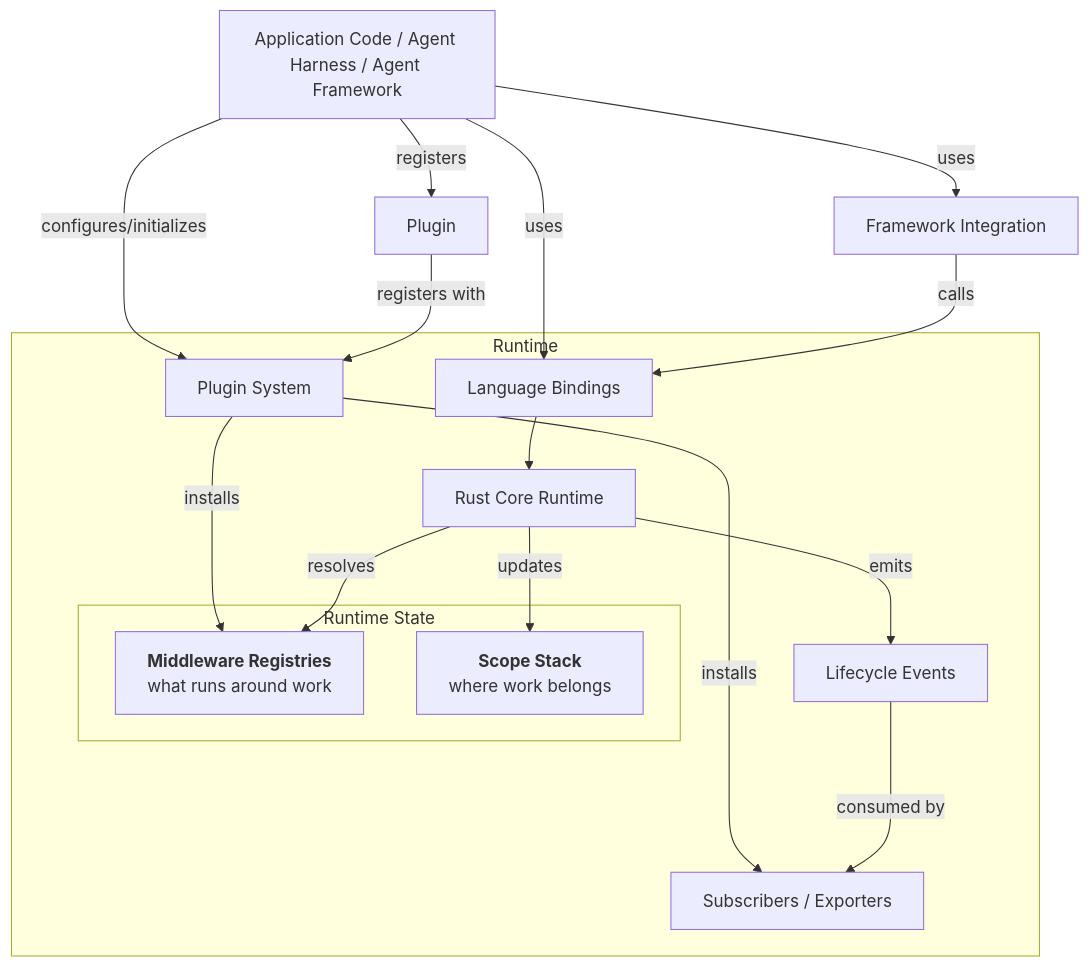
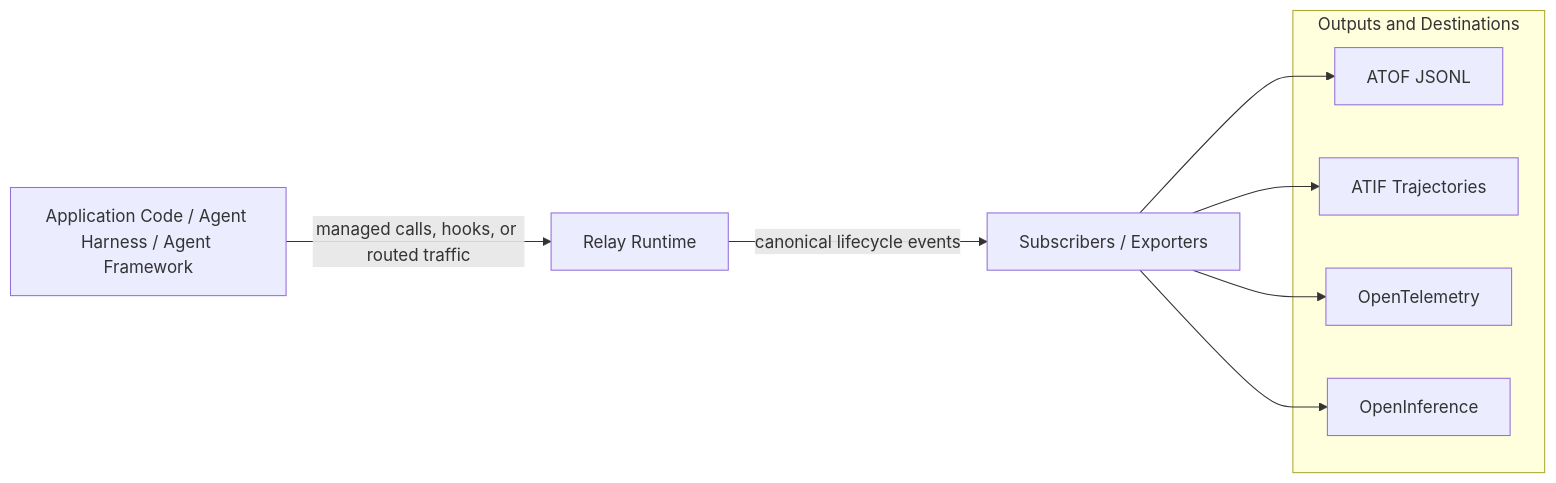
One commit to NVIDIA/NeMo-Relay changed the diagram in docs/about-nemo-relay/overview.mdx. Above: the diagram before and after it, drawn with Mermaid. The commit also changed other lines of this file, not shown here.

````diff
--- a/docs/about-nemo-relay/overview.mdx
+++ b/docs/about-nemo-relay/overview.mdx
@@ -140,47 +136,26 @@
 ```mermaid
-flowchart TB
-    Plugin[Plugin]
-    App[Application Code / Agent Harness / Agent Framework]
-    Framework[Framework Integration]
+flowchart LR
+    Sources[Application Code / Agent Harness / Agent Framework]
+    Runtime[Relay Runtime]
+    Consumers[Subscribers / Exporters]
 
-    subgraph Runtime[Runtime]
-        PluginSystem[Plugin System]
-        Bindings[Language Bindings]
-        Core[Rust Core Runtime]
-        Events[Lifecycle Events]
-
-        subgraph RuntimeState[Runtime State]
-            Registry[<strong>Middleware Registries</strong><br/>what runs around work]
-            Scope[<strong>Scope Stack</strong><br/>where work belongs]
-        end
-
-        Subs[Subscribers / Exporters]
-
-        PluginSystem --->|installs| Registry
-        PluginSystem ----->|installs| Subs
-        Bindings --> Core
-        Core -->|emits| Events -->|consumed by| Subs
-        Core -->|updates| Scope
-        Core -->|resolves| Registry
+    subgraph Outputs[Outputs and Destinations]
+        ATOF[ATOF JSONL]
+        ATIF[ATIF Trajectories]
+        OTEL[OpenTelemetry]
+        OI[OpenInference]
     end
 
-    App -->|registers| Plugin
-    App -->|uses| Framework
-    App -->|configures/initializes| PluginSystem
-    App -->|uses| Bindings
-    Framework -->|calls| Bindings
-    Plugin -->|registers with| PluginSystem
+    Sources -->|managed calls, hooks, or routed traffic| Runtime
+    Runtime -->|canonical lifecycle events| Consumers
+    Consumers --> ATOF
+    Consumers --> ATIF
+    Consumers --> OTEL
+    Consumers --> OI
 
-    class Runtime grey-lightest;
-    class RuntimeState grey-lightest;
-    class App purple-lightest;
-    class Framework yellow-lightest;
-    class Plugin blue-lightest;
-    class Bindings green-lightest;
-    class PluginSystem green-light;
-    class Core green-light;
-    class Scope green-light;
-    class Registry green-light;
-    class Events green-light;
-    class Subs green-light;
+    class Sources purple-lightest;
+    class Runtime green-light;
+    class Consumers green-lightest;
+    class Outputs grey-lightest;
+    class ATOF,ATIF,OTEL,OI blue-lightest;
 ```
````
